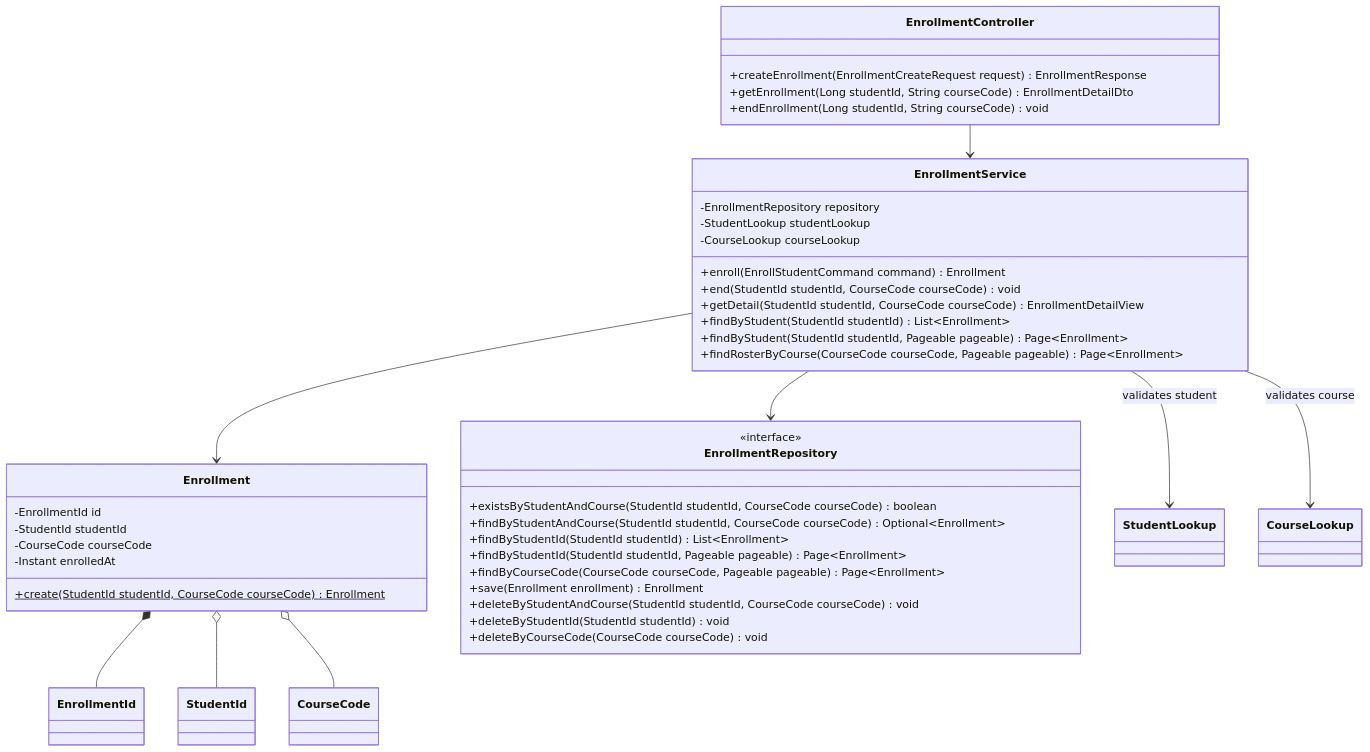
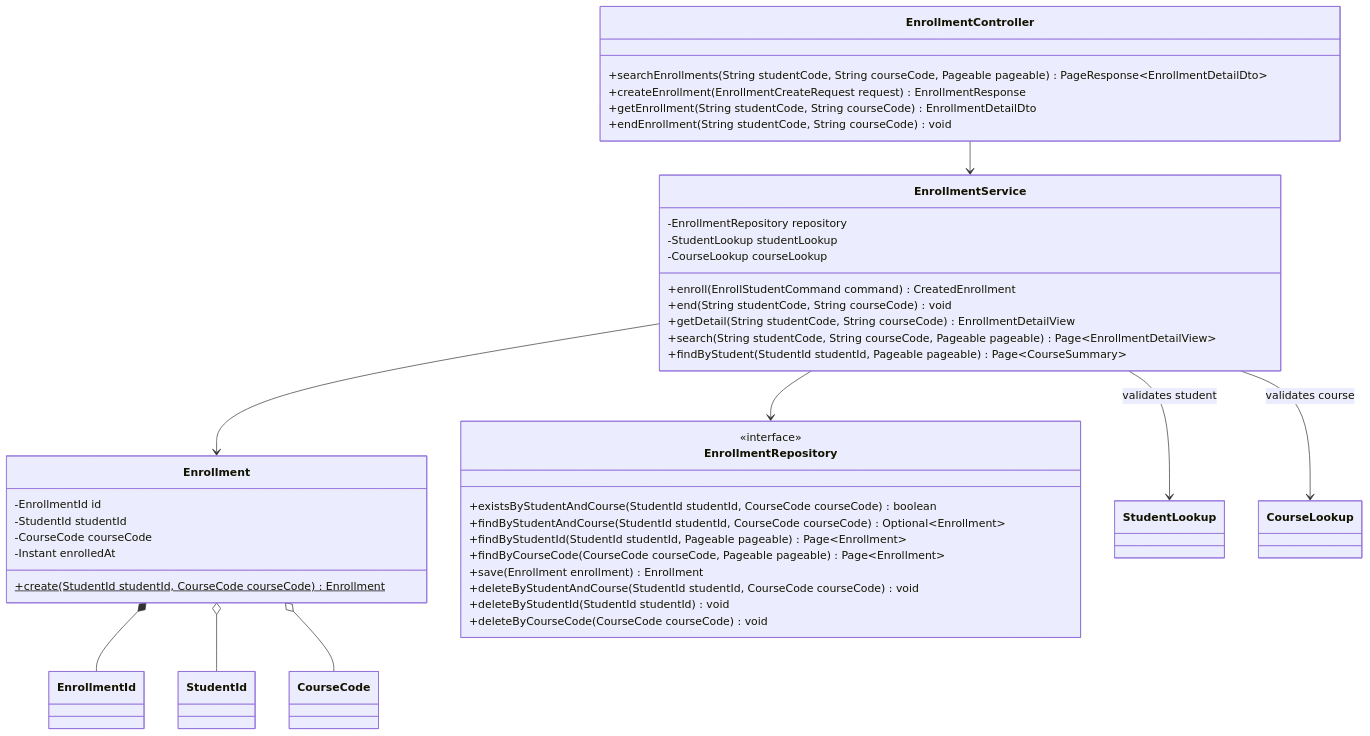
One commit to phuchoang2005/Student-Management-System changed the fifth of 6 diagrams in docs/SA-docs/06-low-level-design.md. Above: the diagram before and after it, drawn with Mermaid. The commit also changed other lines of this file and 241 other files, not shown here.

````diff
--- a/docs/SA-docs/06-low-level-design.md
+++ b/docs/SA-docs/06-low-level-design.md
@@ -468,46 +487,45 @@
 ```mermaid
 classDiagram
     class EnrollmentController {
+        +searchEnrollments(String studentCode, String courseCode, Pageable pageable) PageResponse~EnrollmentDetailDto~
         +createEnrollment(EnrollmentCreateRequest request) EnrollmentResponse
-        +getEnrollment(Long studentId, String courseCode) EnrollmentDetailDto
-        +endEnrollment(Long studentId, String courseCode) void
+        +getEnrollment(String studentCode, String courseCode) EnrollmentDetailDto
+        +endEnrollment(String studentCode, String courseCode) void
     }
     class EnrollmentService {
         -EnrollmentRepository repository
         -StudentLookup studentLookup
         -CourseLookup courseLookup
-        +enroll(EnrollStudentCommand command) Enrollment
-        +end(StudentId studentId, CourseCode courseCode) void
-        +getDetail(StudentId studentId, CourseCode courseCode) EnrollmentDetailView
-        +findByStudent(StudentId studentId) List~Enrollment~
-        +findByStudent(StudentId studentId, Pageable pageable) Page~Enrollment~
-        +findRosterByCourse(CourseCode courseCode, Pageable pageable) Page~Enrollment~
+        +enroll(EnrollStudentCommand command) CreatedEnrollment
+        +end(String studentCode, String courseCode) void
+        +getDetail(String studentCode, String courseCode) EnrollmentDetailView
+        +search(String studentCode, String courseCode, Pageable pageable) Page~EnrollmentDetailView~
+        +findByStudent(StudentId studentId, Pageable pageable) Page~CourseSummary~
     }
     class Enrollment {
         -EnrollmentId id
         -StudentId studentId
         -CourseCode courseCode
         -Instant enrolledAt
         +create(StudentId studentId, CourseCode courseCode)$ Enrollment
     }
     class EnrollmentRepository {
         <<interface>>
         +existsByStudentAndCourse(StudentId studentId, CourseCode courseCode) boolean
         +findByStudentAndCourse(StudentId studentId, CourseCode courseCode) Optional~Enrollment~
-        +findByStudentId(StudentId studentId) List~Enrollment~
         +findByStudentId(StudentId studentId, Pageable pageable) Page~Enrollment~
         +findByCourseCode(CourseCode courseCode, Pageable pageable) Page~Enrollment~
         +save(Enrollment enrollment) Enrollment
         +deleteByStudentAndCourse(StudentId studentId, CourseCode courseCode) void
         +deleteByStudentId(StudentId studentId) void
         +deleteByCourseCode(CourseCode courseCode) void
     }
     EnrollmentController --> EnrollmentService
     EnrollmentService --> Enrollment
     EnrollmentService --> EnrollmentRepository
     EnrollmentService --> StudentLookup : validates student
     EnrollmentService --> CourseLookup : validates course
     Enrollment *-- EnrollmentId
     Enrollment o-- StudentId
     Enrollment o-- CourseCode
 ```
````
